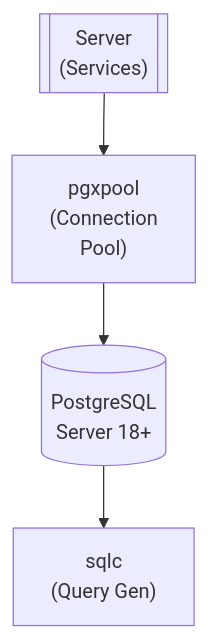
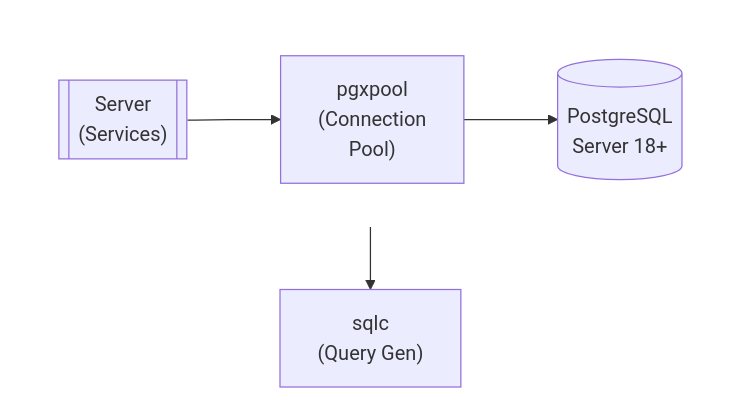
Before and after one commit to lusoris/revenge: the diagram in docs/dev/design/integrations/infrastructure/POSTGRESQL.md, drawn with Mermaid. The commit also changed 210 other files, not shown here.

First line of the commit message:
feat(docs): Add horizontal layout support for Mermaid diagrams

````diff
--- a/docs/dev/design/integrations/infrastructure/POSTGRESQL.md
+++ b/docs/dev/design/integrations/infrastructure/POSTGRESQL.md
@@ -58,10 +58,16 @@
 ```mermaid
 flowchart TD
-    node1[["Server<br/>(Services)"]]
-    node2["pgxpool<br/>(Connection<br/>Pool)"]
-    node3[("PostgreSQL<br/>Server 18+")]
+    subgraph row1[ ]
+        direction LR
+        node1[["Server<br/>(Services)"]]
+        node2["pgxpool<br/>(Connection<br/>Pool)"]
+        node3[("PostgreSQL<br/>Server 18+")]
+    end
     node4["sqlc<br/>(Query Gen)"]
     node1 --> node2
     node2 --> node3
     node3 --> node4
+
+    %% Hide row subgraph borders
+    style row1 fill:transparent,stroke:transparent
 ```
````
